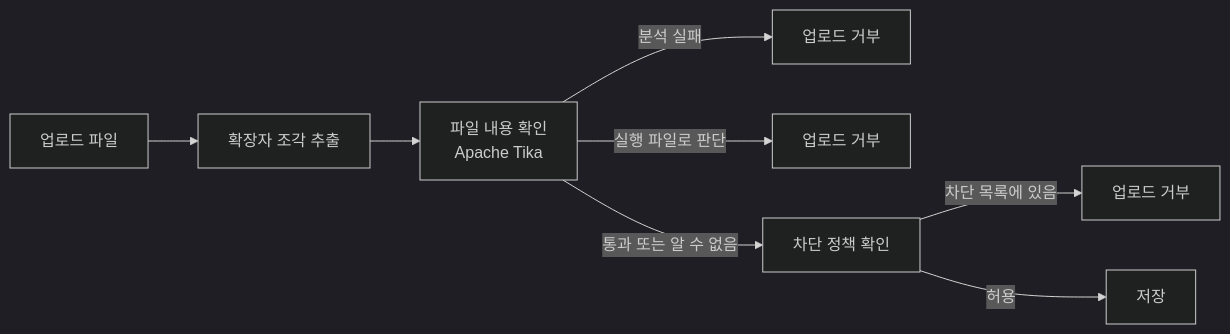
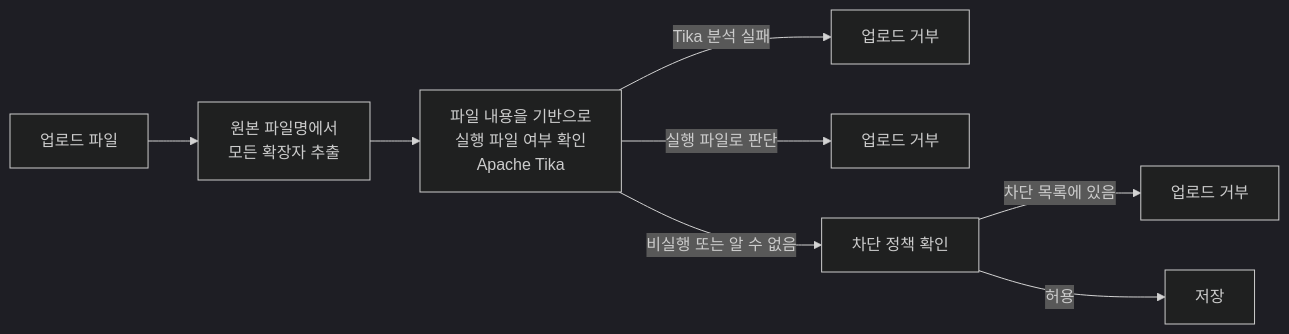
One commit to seokjun7410/file-upload changed the second of 8 diagrams in README.md. Above: the diagram before and after it, drawn with Mermaid (dark theme). The commit also changed other lines of this file and 2 other files, not shown here.

````diff
--- a/README.md
+++ b/README.md
@@ -102,10 +102,10 @@
 ```mermaid
 flowchart LR
-    F[업로드 파일] --> E[확장자 조각 추출]
-    E --> M[파일 내용 확인<br/>Apache Tika]
-    M -->|분석 실패| D1[업로드 거부]
+    F[업로드 파일] --> E[원본 파일명에서<br/>모든 확장자 추출]
+    E --> M[파일 내용을 기반으로<br/>실행 파일 여부 확인<br/>Apache Tika]
+    M -->|Tika 분석 실패| D1[업로드 거부]
     M -->|실행 파일로 판단| D2[업로드 거부]
-    M -->|통과 또는 알 수 없음| P[차단 정책 확인]
+    M -->|비실행 또는 알 수 없음| P[차단 정책 확인]
     P -->|차단 목록에 있음| D3[업로드 거부]
     P -->|허용| S[저장]
 ```
````
